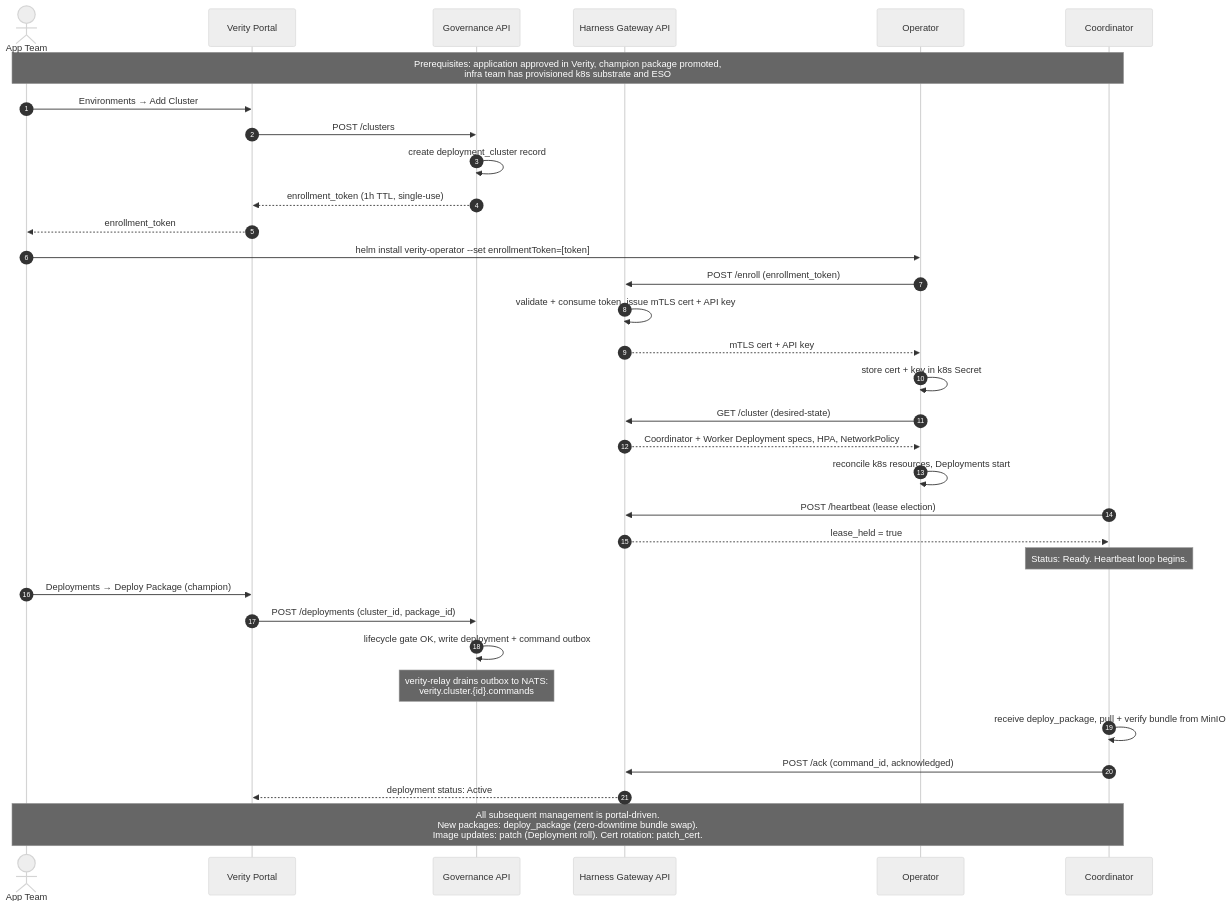
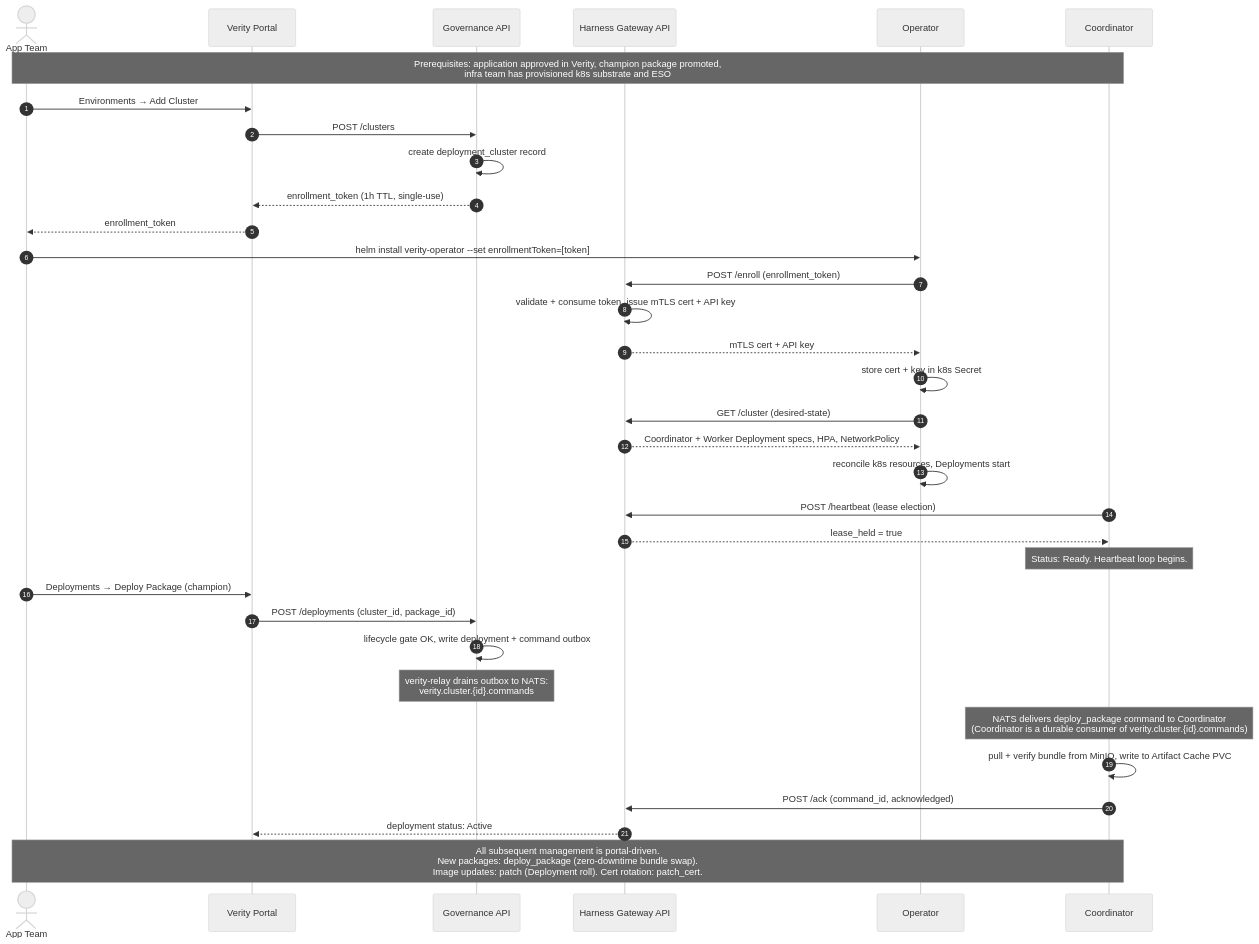
The fifth of 13 diagrams in specs/architecture/technical-architecture-deck.md (anilvenugopal/verity), drawn with Mermaid (neutral theme) before and after one commit. The commit also changed other lines of this file, not shown here.

````diff
--- a/specs/architecture/technical-architecture-deck.md
+++ b/specs/architecture/technical-architecture-deck.md
@@ -396,44 +397,45 @@
 ```mermaid
 sequenceDiagram
     autonumber
     actor AppTeam as App Team
     participant Portal as Verity Portal
     participant GovAPI as Governance API
     participant GW as Harness Gateway API
     participant Operator as Operator
     participant Coord as Coordinator
 
     Note over AppTeam,Coord: Prerequisites: application approved in Verity, champion package promoted,<br/>infra team has provisioned k8s substrate and ESO
 
     AppTeam->>Portal: Environments → Add Cluster
     Portal->>GovAPI: POST /clusters
     GovAPI->>GovAPI: create deployment_cluster record
     GovAPI-->>Portal: enrollment_token (1h TTL, single-use)
     Portal-->>AppTeam: enrollment_token
 
     AppTeam->>Operator: helm install verity-operator --set enrollmentToken=[token]
 
     Operator->>GW: POST /enroll (enrollment_token)
     GW->>GW: validate + consume token, issue mTLS cert + API key
     GW-->>Operator: mTLS cert + API key
     Operator->>Operator: store cert + key in k8s Secret
 
     Operator->>GW: GET /cluster (desired-state)
     GW-->>Operator: Coordinator + Worker Deployment specs, HPA, NetworkPolicy
     Operator->>Operator: reconcile k8s resources, Deployments start
 
     Coord->>GW: POST /heartbeat (lease election)
     GW-->>Coord: lease_held = true
     Note over Coord: Status: Ready. Heartbeat loop begins.
 
     AppTeam->>Portal: Deployments → Deploy Package (champion)
     Portal->>GovAPI: POST /deployments (cluster_id, package_id)
     GovAPI->>GovAPI: lifecycle gate OK, write deployment + command outbox
     Note over GovAPI: verity-relay drains outbox to NATS:<br/>verity.cluster.{id}.commands
+    Note over Coord: NATS delivers deploy_package command to Coordinator<br/>(Coordinator is a durable consumer of verity.cluster.{id}.commands)
 
-    Coord->>Coord: receive deploy_package, pull + verify bundle from MinIO
+    Coord->>Coord: pull + verify bundle from MinIO, write to Artifact Cache PVC
     Coord->>GW: POST /ack (command_id, acknowledged)
     GW-->>Portal: deployment status: Active
 
     Note over AppTeam,Coord: All subsequent management is portal-driven.<br/>New packages: deploy_package (zero-downtime bundle swap).<br/>Image updates: patch (Deployment roll). Cert rotation: patch_cert.
 ```
````
